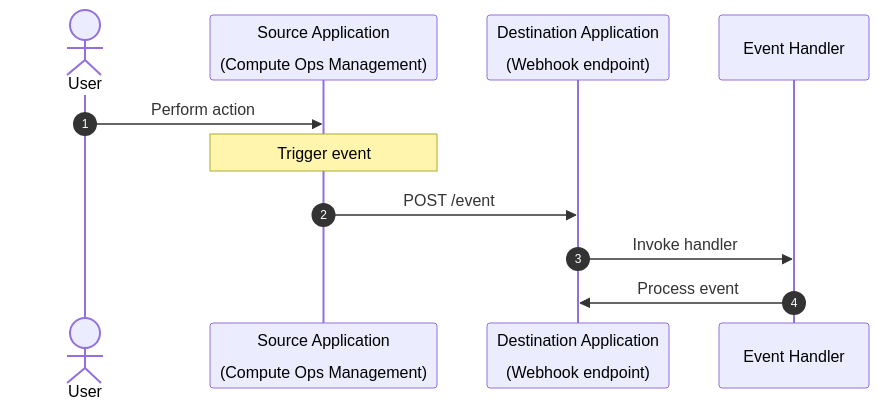
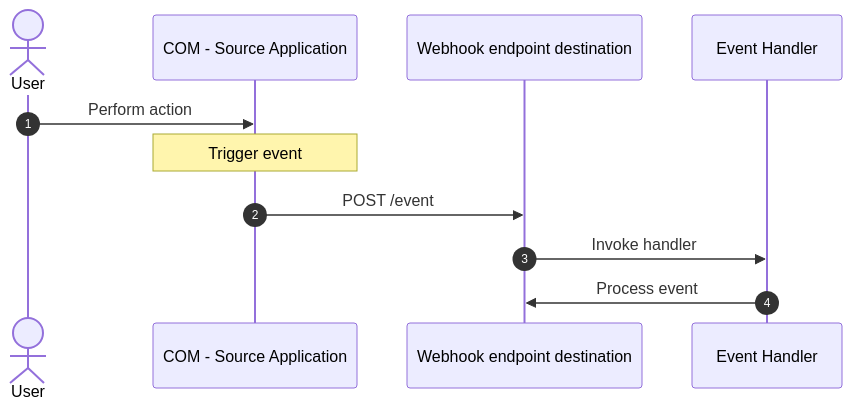
The second of 3 diagrams in _posts/2024-04-25-Implementing webhooks with COM.md (jullienl/jullienl.github.io), drawn with Mermaid before and after one commit.

Commit message:
fix mermaid error on phones

```diff
--- a/_posts/2024-04-25-Implementing webhooks with COM.md
+++ b/_posts/2024-04-25-Implementing webhooks with COM.md
@@ -80,15 +80,14 @@
 <div class="mermaid">
-
 sequenceDiagram
     autonumber
     actor User as User
-    participant SourceApp as Source Application<br/><br/> (Compute Ops Management)
-    participant WebhookURL as Destination Application<br/><br/> (Webhook endpoint)
+    participant SourceApp as COM - Source Application
+    participant WebhookURL as Webhook endpoint destination
     participant Handler as Event Handler
 
     User->>SourceApp: Perform action
     Note over SourceApp: Trigger event
     SourceApp->>WebhookURL: POST /event
     WebhookURL->>Handler: Invoke handler
     Handler->>WebhookURL: Process event
 </div>
```
